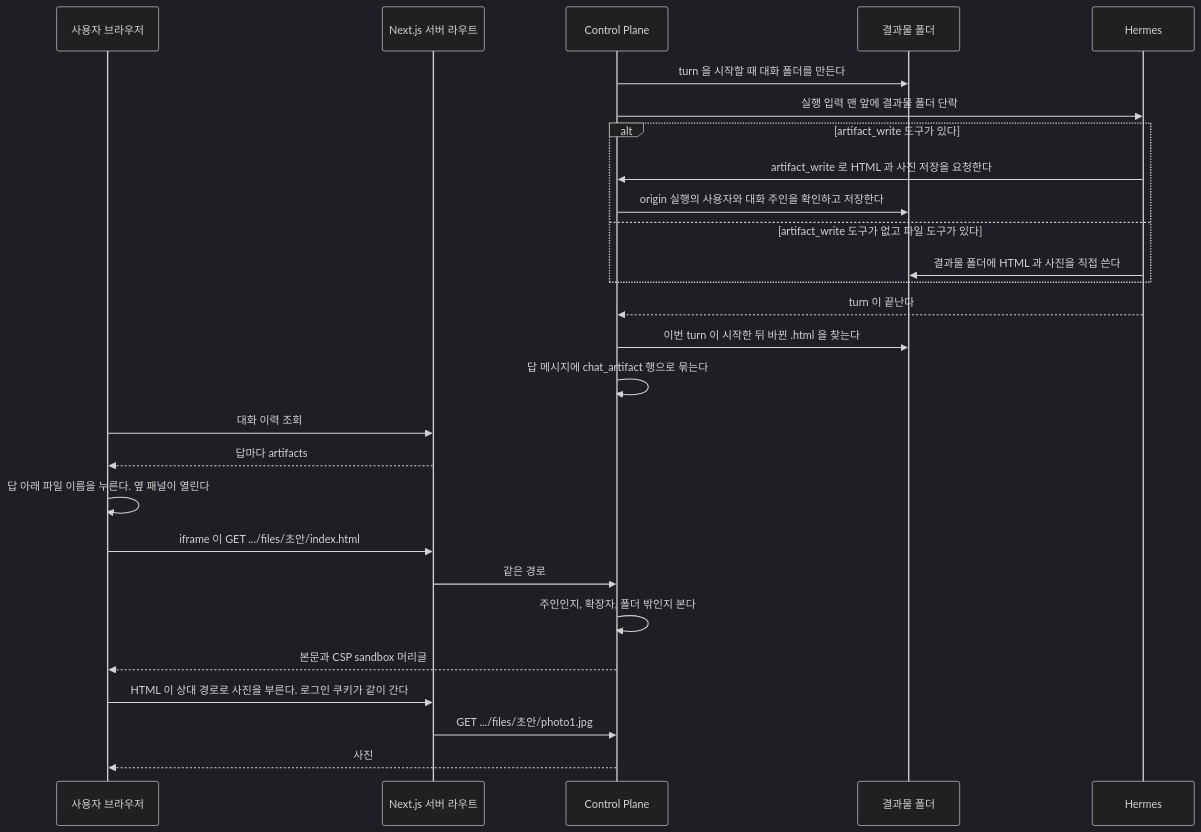
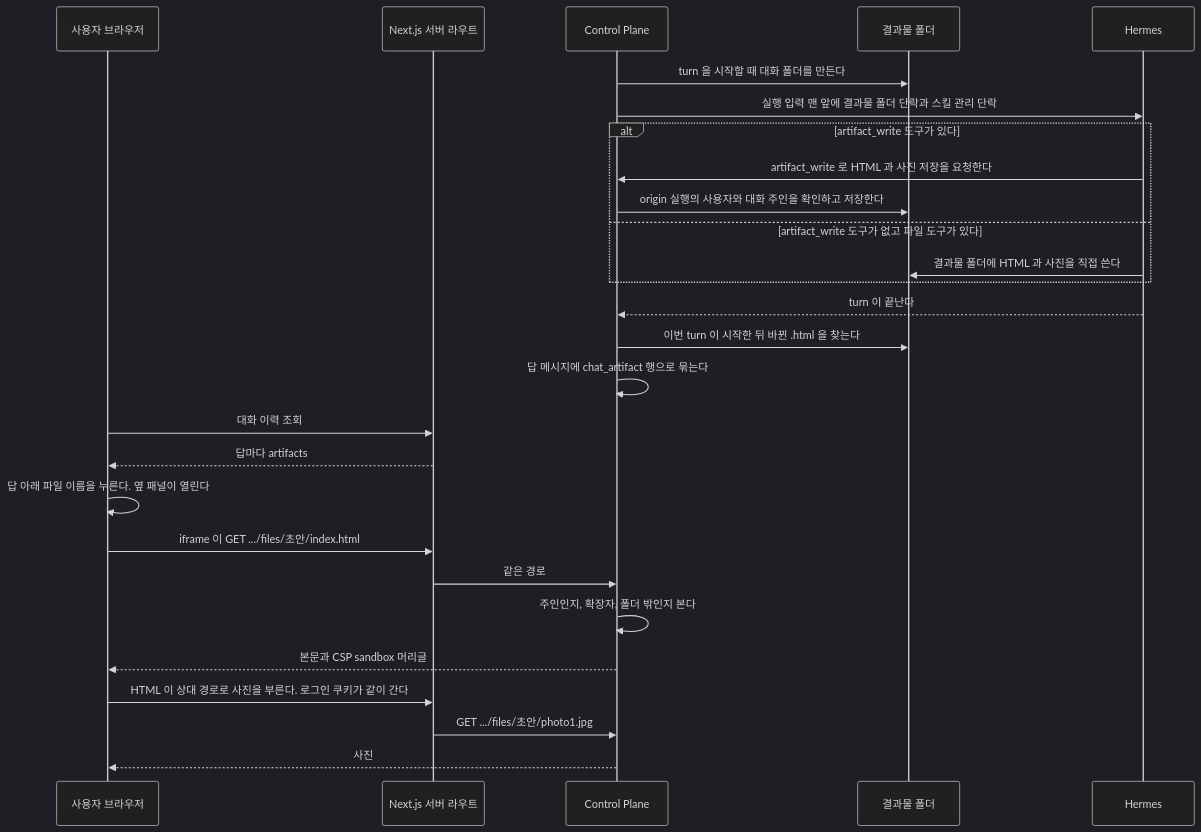
One commit to jon890/fos-assistant changed diagram 22 of 26 in docs/flow.md. Above: the diagram before and after it, drawn with Mermaid (dark theme). The commit also changed 7 other files, not shown here.

````diff
--- a/docs/flow.md
+++ b/docs/flow.md
@@ -1366,30 +1366,30 @@
 ```mermaid
 sequenceDiagram
     participant U as 사용자 브라우저
     participant W as Next.js 서버 라우트
     participant C as Control Plane
     participant D as 결과물 폴더
     participant H as Hermes
 
     C->>D: turn 을 시작할 때 대화 폴더를 만든다
-    C->>H: 실행 입력 맨 앞에 결과물 폴더 단락
+    C->>H: 실행 입력 맨 앞에 결과물 폴더 단락과 스킬 관리 단락
     alt artifact_write 도구가 있다
         H->>C: artifact_write 로 HTML 과 사진 저장을 요청한다
         C->>D: origin 실행의 사용자와 대화 주인을 확인하고 저장한다
     else artifact_write 도구가 없고 파일 도구가 있다
         H->>D: 결과물 폴더에 HTML 과 사진을 직접 쓴다
     end
     H-->>C: turn 이 끝난다
     C->>D: 이번 turn 이 시작한 뒤 바뀐 .html 을 찾는다
     C->>C: 답 메시지에 chat_artifact 행으로 묶는다
     U->>W: 대화 이력 조회
     W-->>U: 답마다 artifacts
     U->>U: 답 아래 파일 이름을 누른다. 옆 패널이 열린다
     U->>W: iframe 이 GET .../files/초안/index.html
     W->>C: 같은 경로
     C->>C: 주인인지, 확장자, 폴더 밖인지 본다
     C-->>U: 본문과 CSP sandbox 머리글
     U->>W: HTML 이 상대 경로로 사진을 부른다. 로그인 쿠키가 같이 간다
     W->>C: GET .../files/초안/photo1.jpg
     C-->>U: 사진
 ```
````
